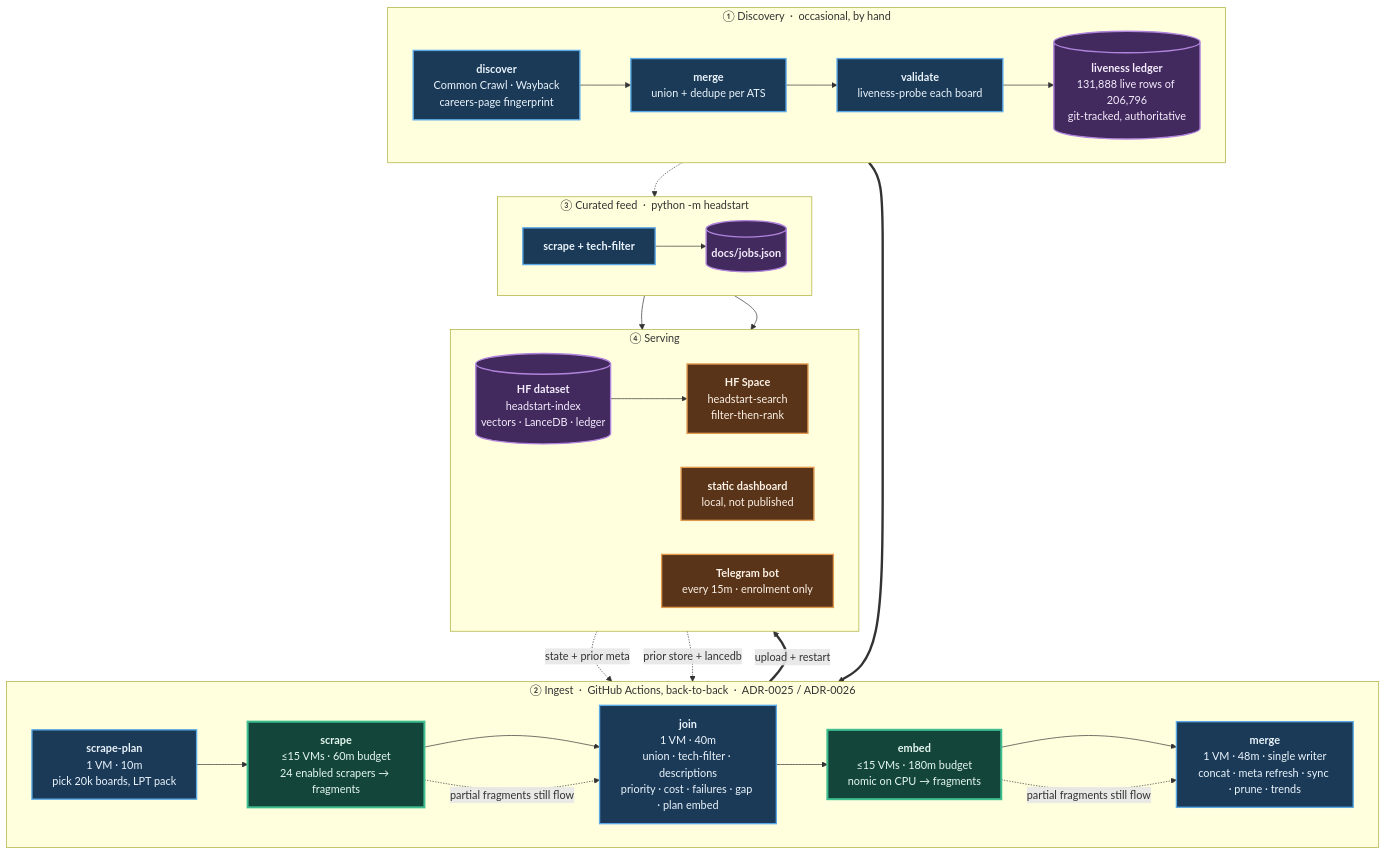
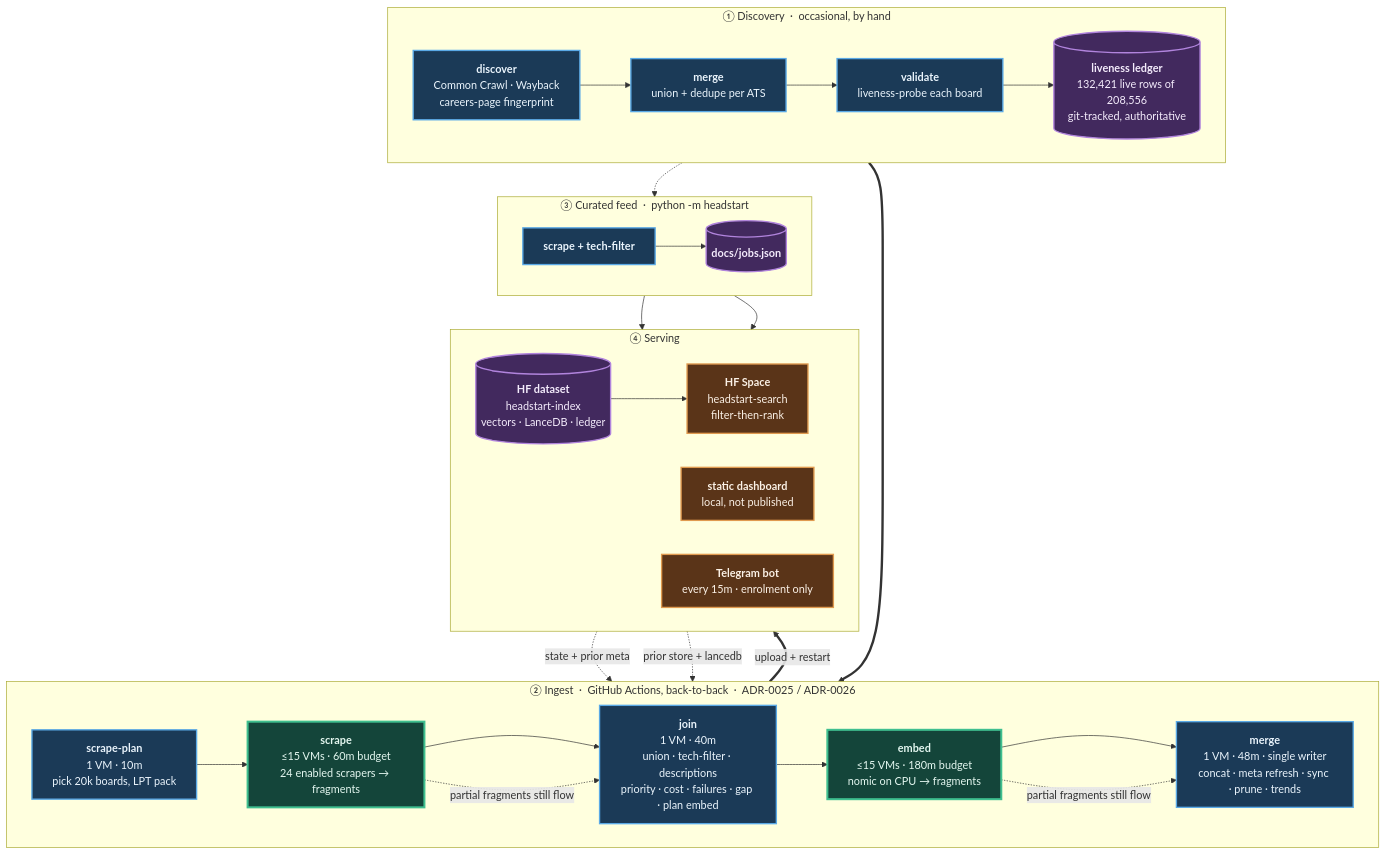
One commit to sarthakjain004/headstart changed the diagram in README.md. Above: the diagram before and after it, drawn with Mermaid. The commit also changed other lines of this file and 1 other file, not shown here.

````diff
--- a/README.md
+++ b/README.md
@@ -84,56 +84,56 @@
 ```mermaid
 flowchart TB
     subgraph D["① Discovery &nbsp;·&nbsp; occasional, by hand"]
         direction LR
         D1["<b>discover</b><br/>Common Crawl · Wayback<br/>careers-page fingerprint"]
         D2["<b>merge</b><br/>union + dedupe per ATS"]
         D3["<b>validate</b><br/>liveness-probe each board"]
-        D4[("<b>liveness ledger</b><br/>131,888 live rows of 206,796<br/>git-tracked, authoritative")]
+        D4[("<b>liveness ledger</b><br/>132,421 live rows of 208,556<br/>git-tracked, authoritative")]
         D1 --> D2 --> D3 --> D4
     end
 
     subgraph P["② Ingest &nbsp;·&nbsp; GitHub Actions, back-to-back &nbsp;·&nbsp; ADR-0025 / ADR-0026"]
         direction LR
         P1["<b>scrape-plan</b><br/>1 VM · 10m<br/>pick 20k boards, LPT pack"]
         P2["<b>scrape</b><br/>≤15 VMs · 60m budget<br/>24 enabled scrapers → fragments"]
         P3["<b>join</b><br/>1 VM · 40m<br/>union · tech-filter · descriptions<br/>priority · cost · failures · gap · plan embed"]
         P4["<b>embed</b><br/>≤15 VMs · 180m budget<br/>nomic on CPU → fragments"]
         P5["<b>merge</b><br/>1 VM · 48m · single writer<br/>concat · meta refresh · sync · prune · trends"]
         P1 --> P2 --> P3 --> P4 --> P5
     end
 
     subgraph F["③ Curated feed &nbsp;·&nbsp; python -m headstart"]
         direction LR
         F1["<b>scrape + tech-filter</b>"]
         F2[("<b>docs/jobs.json</b>")]
         F1 --> F2
     end
 
     subgraph S["④ Serving"]
         direction LR
         S1[("<b>HF dataset</b><br/>headstart-index<br/>vectors · LanceDB · ledger")]
         S2["<b>HF Space</b><br/>headstart-search<br/>filter-then-rank"]
         S3["<b>static dashboard</b><br/>local, not published"]
         S4["<b>Telegram bot</b><br/>every 15m · enrolment only"]
         S1 --> S2
     end
 
     D4 ==> P1
     S1 -. "state + prior meta" .-> P1
     S1 -. "prior store + lancedb" .-> P5
     D4 -.-> F1
     P5 ==>|"upload + restart"| S1
     F2 --> S3
     F2 --> S4
     P2 -. "partial fragments still flow" .-> P3
     P4 -. "partial fragments still flow" .-> P5
 
     classDef serial fill:#1b3a57,stroke:#5aa9e6,stroke-width:2px,color:#eaf4fc
     classDef fan fill:#14453a,stroke:#3fbf8f,stroke-width:3px,color:#e4f7f0
     classDef store fill:#42295e,stroke:#b184dd,stroke-width:2px,color:#f4ecfc
     classDef serve fill:#5a3418,stroke:#e09a4f,stroke-width:2px,color:#fbf1e6
     class D1,D2,D3,P1,P3,P5,F1 serial
     class P2,P4 fan
     class D4,F2,S1 store
     class S2,S3,S4 serve
 ```
````
